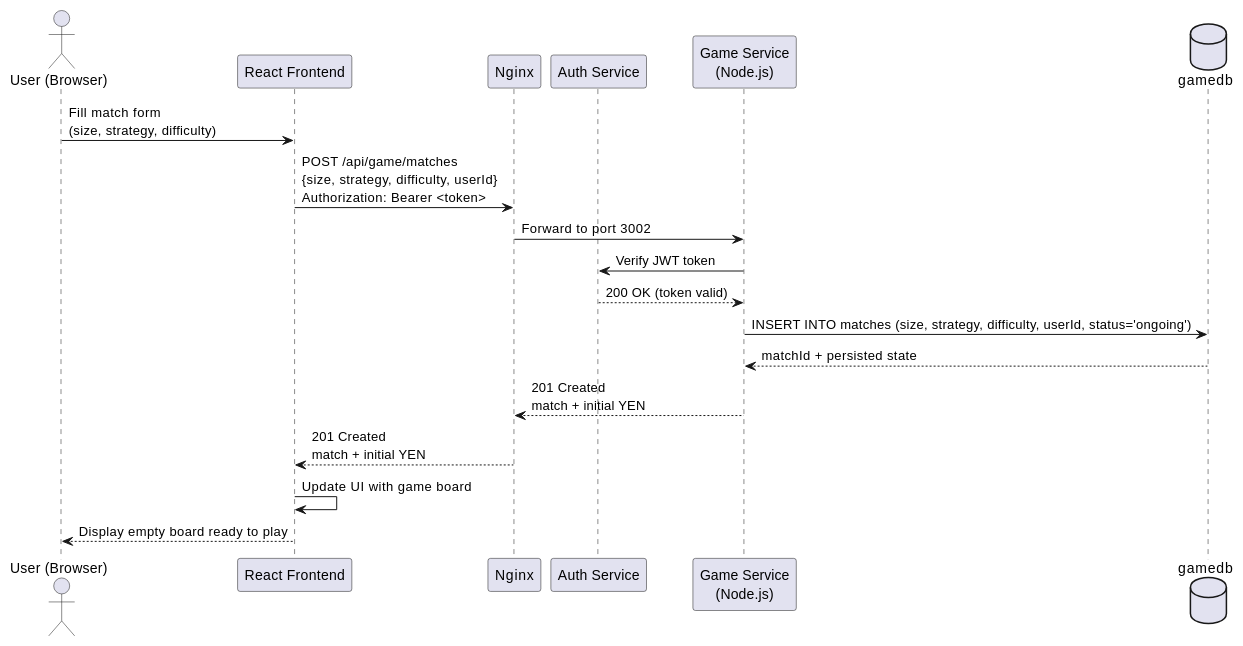
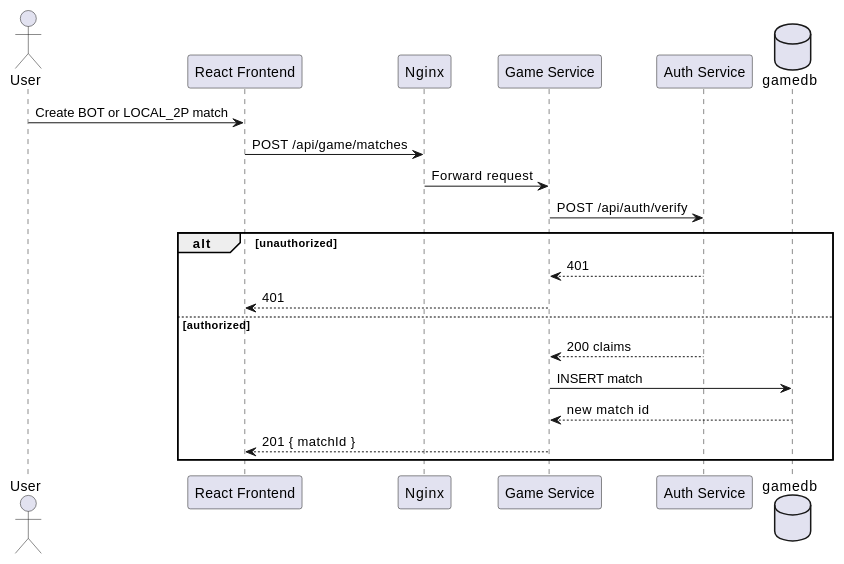
Before and after one commit to Arquisoft/yovi_es1c: the third of 8 diagrams in docs/src/06_runtime_view.adoc, drawn with PlantUML. The commit also changed other lines of this file and 10 other files, not shown here.

```diff
--- a/docs/src/06_runtime_view.adoc
+++ b/docs/src/06_runtime_view.adoc
@@ -93,21 +70,24 @@
-[plantuml, "runtime-create-match", png]
+[plantuml, runtime-ai-match, png]
 ----
-actor "User (Browser)" as Human
+actor "User" as Human
 participant "React Frontend" as Frontend
 participant "Nginx" as Nginx
+participant "Game Service" as GameService
 participant "Auth Service" as Auth
-participant "Game Service\n(Node.js)" as GameService
 database "gamedb" as GameDB
 
-Human -> Frontend: Fill match form\n(size, strategy, difficulty)
-Frontend -> Nginx: POST /api/game/matches\n{size, strategy, difficulty, userId}\nAuthorization: Bearer <token>
-Nginx -> GameService: Forward to port 3002
-GameService -> Auth: Verify JWT token
-Auth --> GameService: 200 OK (token valid)
-GameService -> GameDB: INSERT INTO matches (size, strategy, difficulty, userId, status='ongoing')
-GameDB --> GameService: matchId + persisted state
-GameService --> Nginx: 201 Created\nmatch + initial YEN
-Nginx --> Frontend: 201 Created\nmatch + initial YEN
-Frontend -> Frontend: Update UI with game board
-Frontend --> Human: Display empty board ready to play
+Human -> Frontend: Create BOT or LOCAL_2P match
+Frontend -> Nginx: POST /api/game/matches
+Nginx -> GameService: Forward request
+GameService -> Auth: POST /api/auth/verify
+
+alt unauthorized
+  Auth --> GameService: 401
+  GameService --> Frontend: 401
+else authorized
+  Auth --> GameService: 200 claims
+  GameService -> GameDB: INSERT match
+  GameDB --> GameService: new match id
+  GameService --> Frontend: 201 { matchId }
+end
 ----
```
